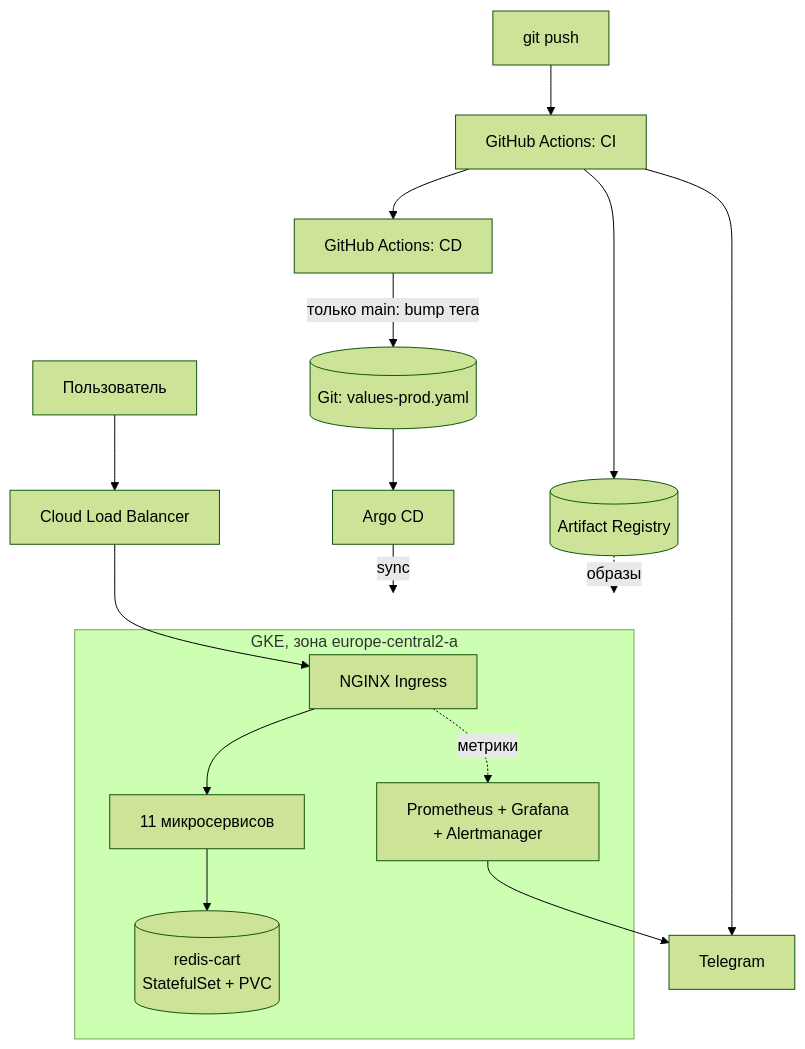
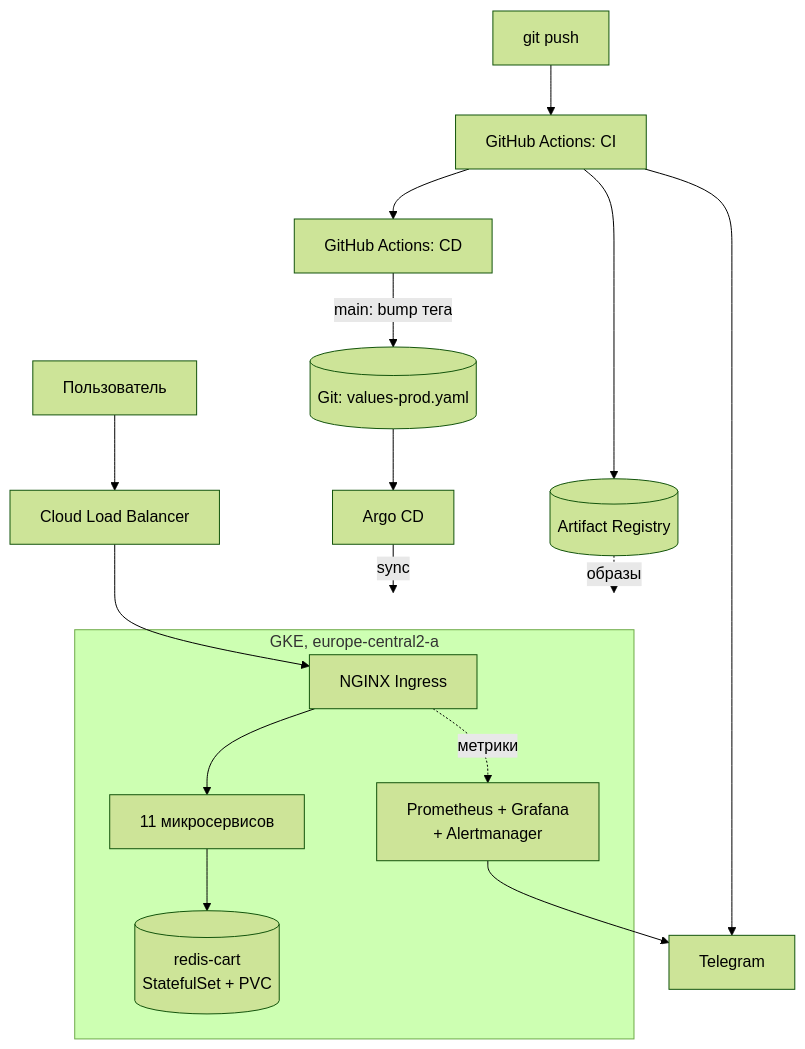
Before and after one commit to ksyak/tms_devops_project: the diagram in docs/architecture.md, drawn with Mermaid (forest theme). The commit also changed other lines of this file and 18 other files, not shown here.

````diff
--- a/docs/architecture.md
+++ b/docs/architecture.md
@@ -31,24 +29,24 @@
 ```mermaid
 flowchart TB
   Dev[git push] --> CI[GitHub Actions: CI]
   CI --> Reg[(Artifact Registry)]
   CI --> CD[GitHub Actions: CD]
-  CD -->|только main: bump тега| Git[(Git: values-prod.yaml)]
+  CD -->|main: bump тега| Git[(Git: values-prod.yaml)]
   Git --> Argo[Argo CD]
   Argo -->|sync| GKE
 
-  subgraph GKE["GKE, зона europe-central2-a"]
+  subgraph GKE["GKE, europe-central2-a"]
     Ing[NGINX Ingress]
     App[11 микросервисов]
     DB[(redis-cart<br/>StatefulSet + PVC)]
     Mon[Prometheus + Grafana<br/>+ Alertmanager]
     Ing --> App
     App --> DB
     Ing -.метрики.-> Mon
   end
 
   Reg -.образы.-> GKE
   User[Пользователь] --> LB[Cloud Load Balancer] --> Ing
   CI --> TG[Telegram]
   Mon --> TG
 ```
````
